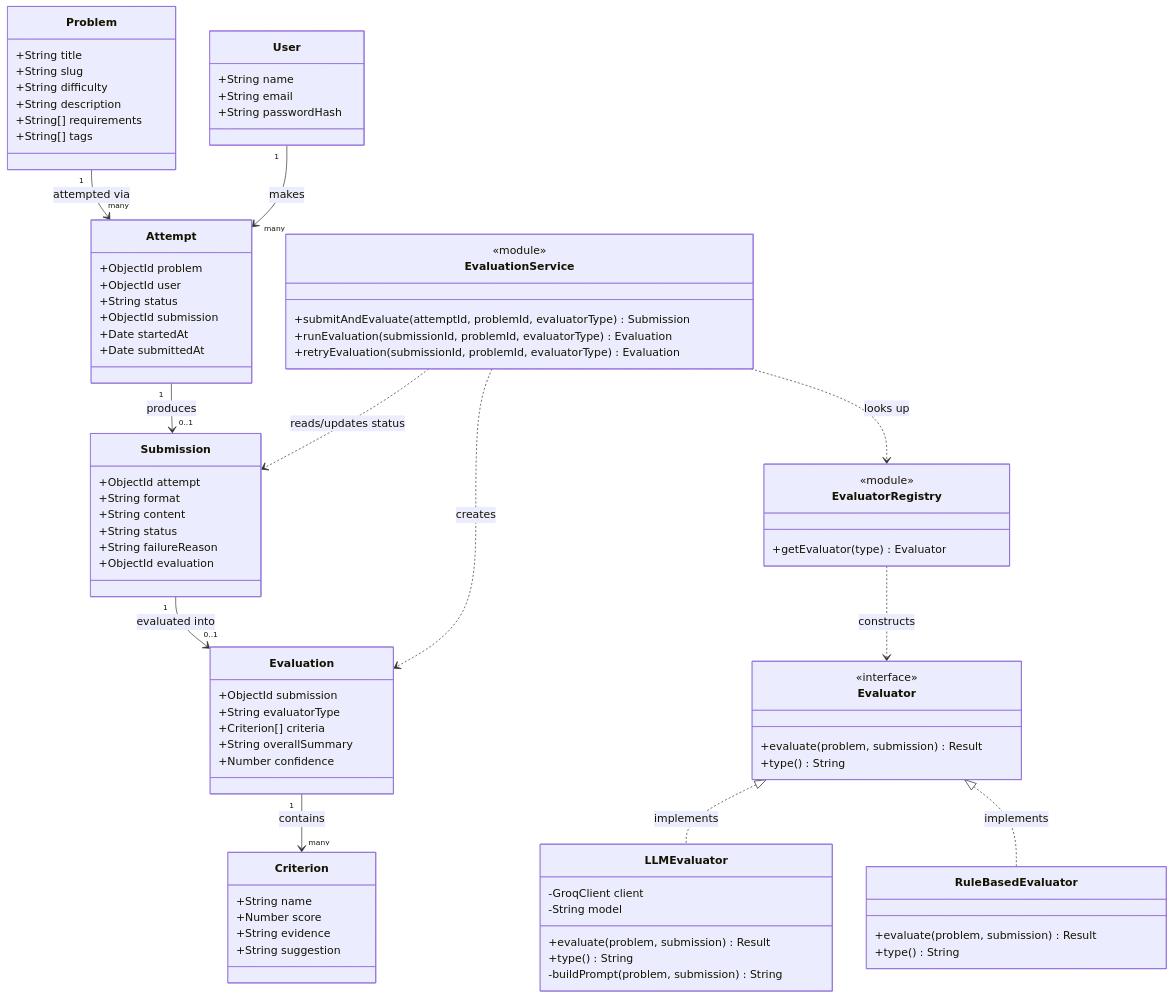
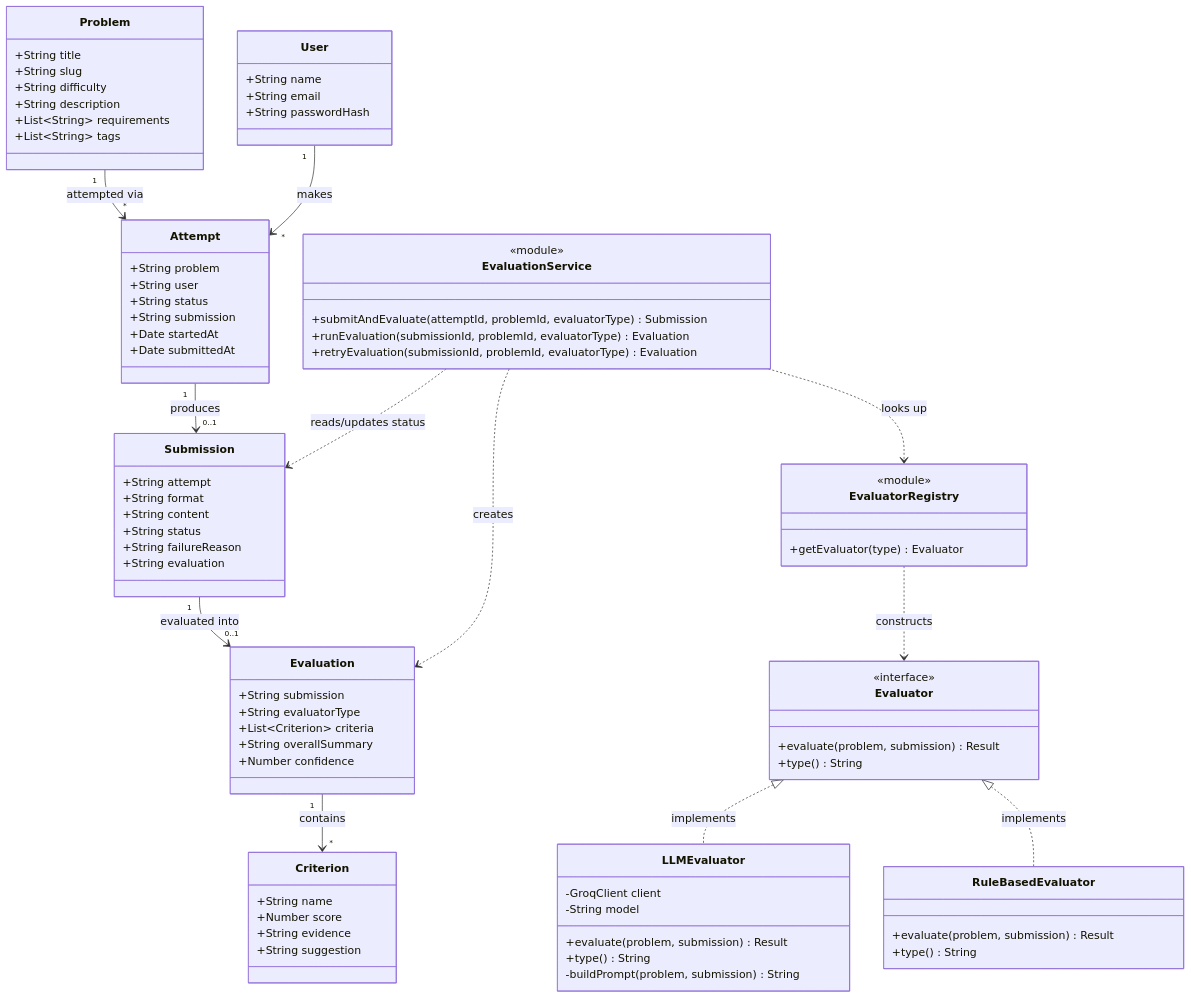
The first of 3 diagrams in lld-practice-platform/LLD.md (Sehajpreet-kaur/lld-practice-platform), drawn with Mermaid before and after one commit. The commit also changed other lines of this file, not shown here.

Commit message:
LLD.md  updated

```diff
--- a/lld-practice-platform/LLD.md
+++ b/lld-practice-platform/LLD.md
@@ -13,8 +13,8 @@
     +String slug
     +String difficulty
     +String description
-    +String[] requirements
-    +String[] tags
+    +List~String~ requirements
+    +List~String~ tags
   }
 
   class User {
@@ -24,27 +24,27 @@
   }
 
   class Attempt {
-    +ObjectId problem
-    +ObjectId user
+    +String problem
+    +String user
     +String status
-    +ObjectId submission
+    +String submission
     +Date startedAt
     +Date submittedAt
   }
 
   class Submission {
-    +ObjectId attempt
+    +String attempt
     +String format
     +String content
     +String status
     +String failureReason
-    +ObjectId evaluation
+    +String evaluation
   }
 
   class Evaluation {
-    +ObjectId submission
+    +String submission
     +String evaluatorType
-    +Criterion[] criteria
+    +List~Criterion~ criteria
     +String overallSummary
     +Number confidence
   }
@@ -87,11 +87,11 @@
     +retryEvaluation(submissionId, problemId, evaluatorType) Evaluation
   }
 
-  Problem "1" --> "many" Attempt : attempted via
-  User "1" --> "many" Attempt : makes
+  Problem "1" --> "*" Attempt : attempted via
+  User "1" --> "*" Attempt : makes
   Attempt "1" --> "0..1" Submission : produces
   Submission "1" --> "0..1" Evaluation : evaluated into
-  Evaluation "1" --> "many" Criterion : contains
+  Evaluation "1" --> "*" Criterion : contains
   Evaluator <|.. LLMEvaluator : implements
   Evaluator <|.. RuleBasedEvaluator : implements
   EvaluatorRegistry ..> Evaluator : constructs
```
